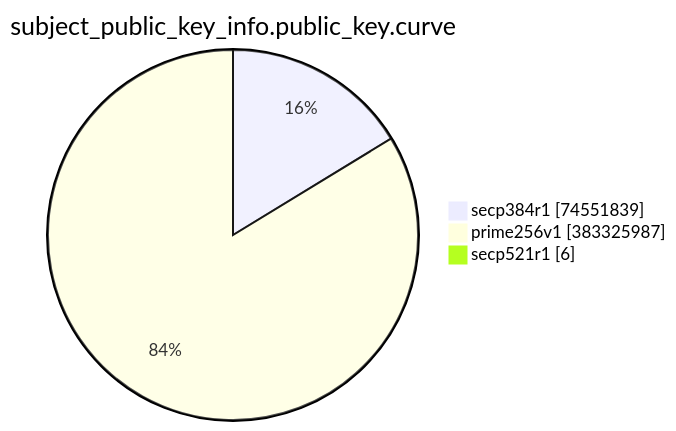
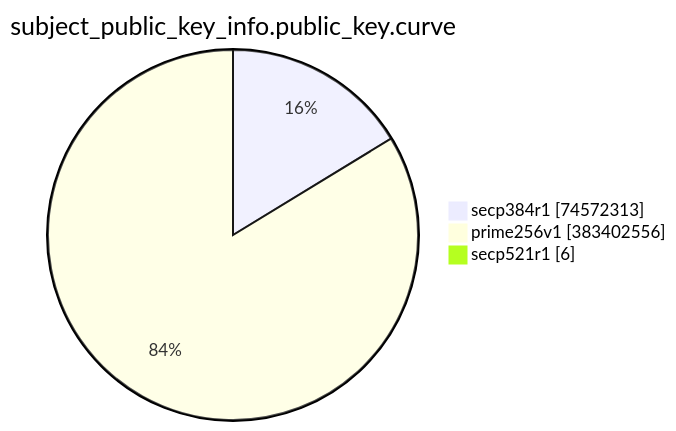
One commit to christiankrug/ctmonitor_visualization changed the eighth of 15 diagrams in TOTAL/README.md. Above: the diagram before and after it, drawn with Mermaid. The commit also changed other lines of this file, not shown here.

````diff
--- a/TOTAL/README.md
+++ b/TOTAL/README.md
@@ -3094,7 +3094,7 @@
 ```mermaid
 pie showData
 title subject_public_key_info.public_key.curve
-"secp384r1" :74551839
-"prime256v1" :383325987
+"secp384r1" :74572313
+"prime256v1" :383402556
 "secp521r1" :6
 ```
````
